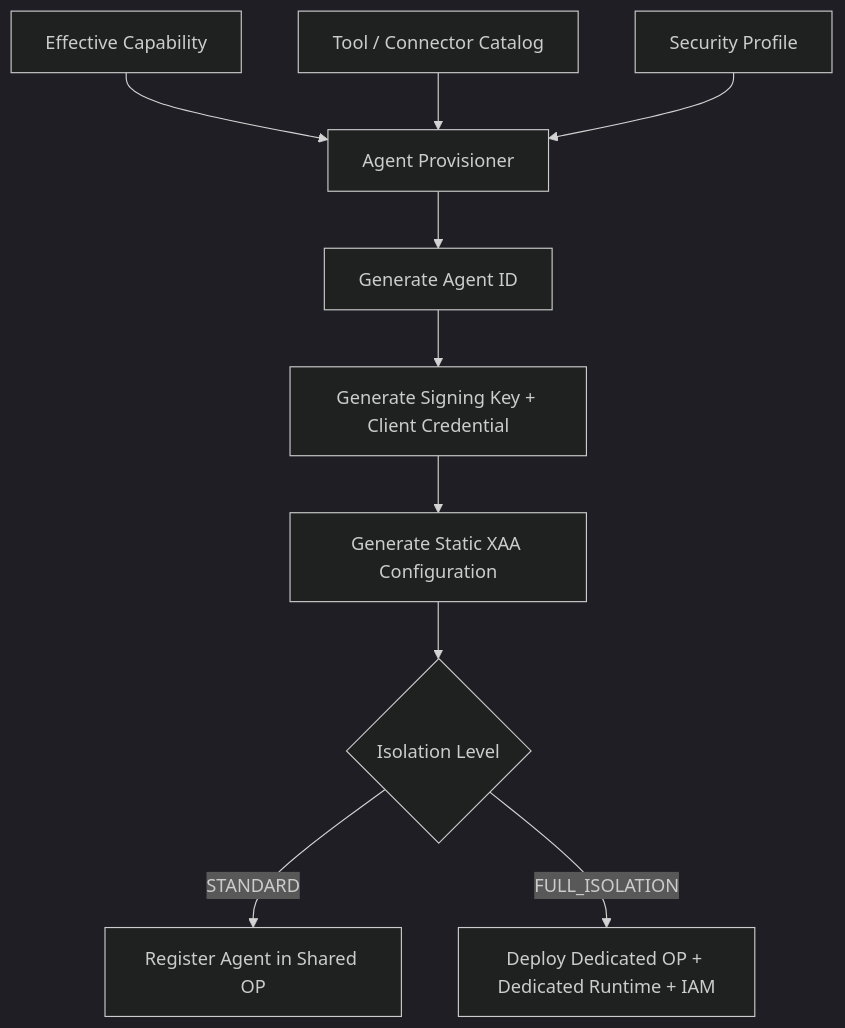
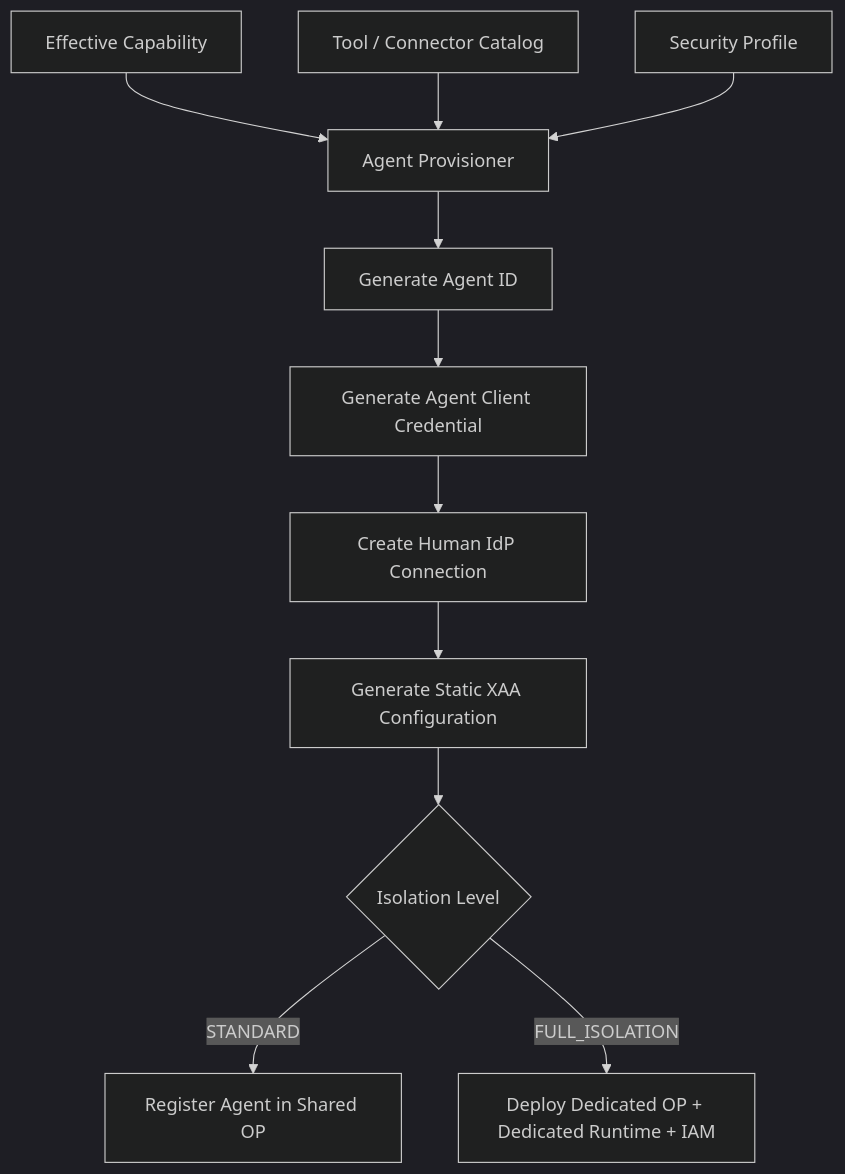
The second of 3 diagrams in docs/05-identity.md (maronnjapan/agent-xaa-platform), drawn with Mermaid (dark theme) before and after one commit. The commit also changed other lines of this file and 13 other files, not shown here.

````diff
--- a/docs/05-identity.md
+++ b/docs/05-identity.md
@@ -244,12 +395,13 @@
 ```mermaid
 flowchart TB
     PERM[Effective Capability] --> PROV[Agent Provisioner]
     TOOL[Tool / Connector Catalog] --> PROV
     RISK[Security Profile] --> PROV
     PROV --> ID[Generate Agent ID]
-    ID --> KEY[Generate Signing Key + Client Credential]
-    KEY --> XAA[Generate Static XAA Configuration]
+    ID --> KEY[Generate Agent Client Credential]
+    KEY --> IDP[Create Human IdP Connection]
+    IDP --> XAA[Generate Static XAA Configuration]
     XAA --> CLASS{Isolation Level}
     CLASS -->|STANDARD| SHARED[Register Agent in Shared OP]
     CLASS -->|FULL_ISOLATION| DEDICATED[Deploy Dedicated OP + Dedicated Runtime + IAM]
 ```
````
